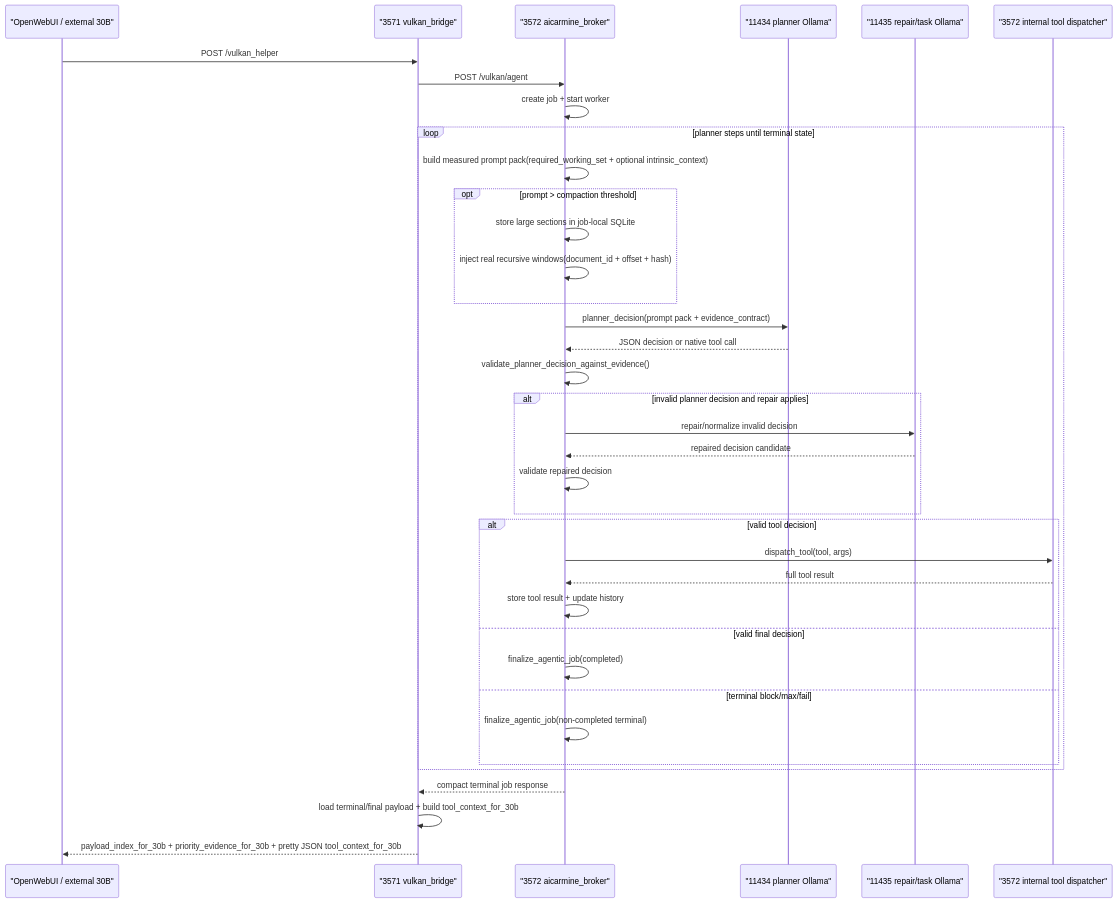
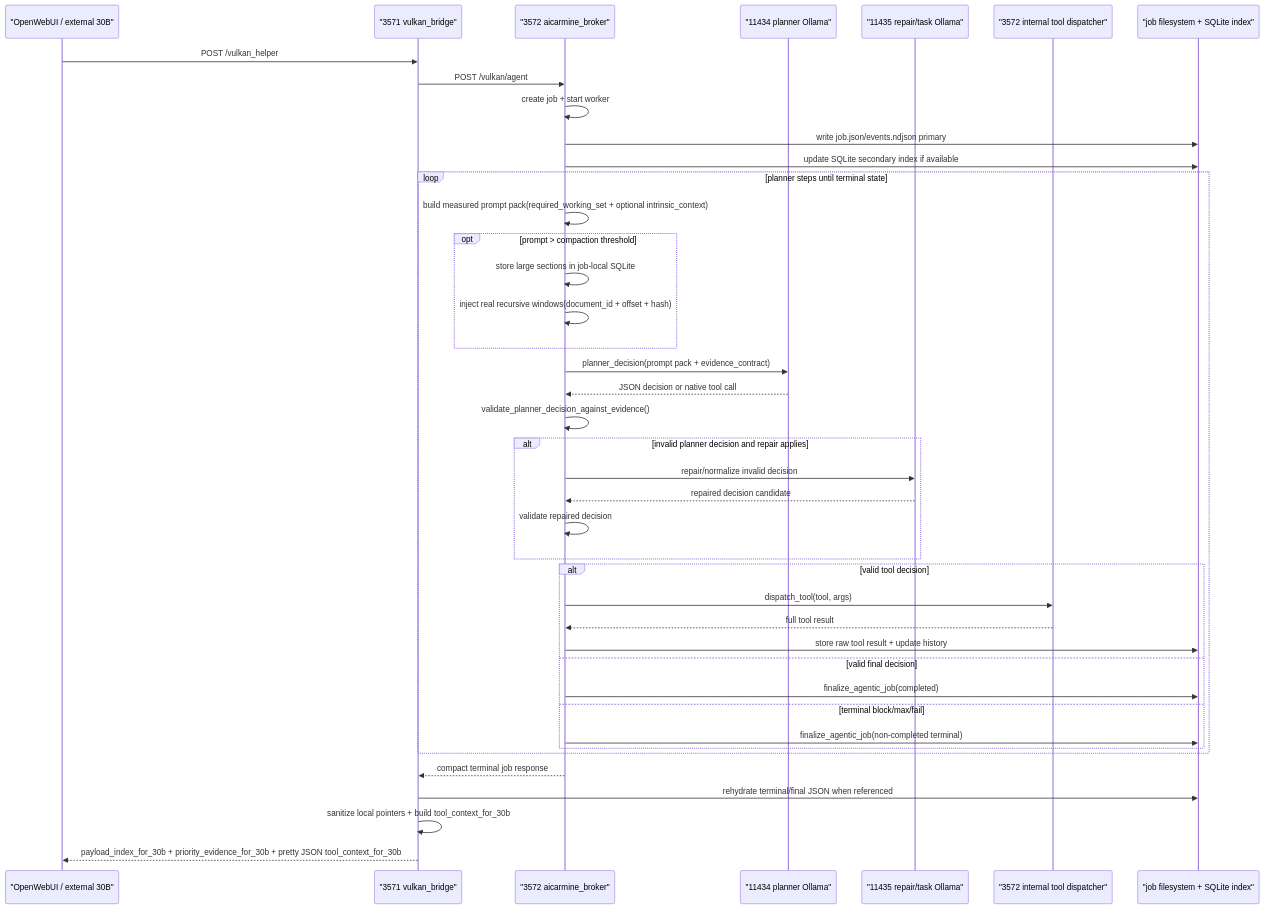
The diagram in services/END_TO_END_AGENTIC_FLOW.md (C-F-tek/agentic-tool-loop), drawn with Mermaid before and after one commit. The commit also changed other lines of this file and 13 other files, not shown here.

````diff
--- a/services/END_TO_END_AGENTIC_FLOW.md
+++ b/services/END_TO_END_AGENTIC_FLOW.md
@@ -25,40 +27,44 @@
 ```mermaid
 sequenceDiagram
     participant OWUI as "OpenWebUI / external 30B"
     participant B3571 as "3571 vulkan_bridge"
     participant B3572 as "3572 aicarmine_broker"
     participant P11434 as "11434 planner Ollama"
     participant R11435 as "11435 repair/task Ollama"
     participant Tools as "3572 internal tool dispatcher"
+    participant Store as "job filesystem + SQLite index"
 
     OWUI->>B3571: POST /vulkan_helper
     B3571->>B3572: POST /vulkan/agent
     B3572->>B3572: create job + start worker
+    B3572->>Store: write job.json/events.ndjson primary
+    B3572->>Store: update SQLite secondary index if available
     loop planner steps until terminal state
         B3572->>B3572: build measured prompt pack(required_working_set + optional intrinsic_context)
         opt prompt > compaction threshold
             B3572->>B3572: store large sections in job-local SQLite
             B3572->>B3572: inject real recursive windows(document_id + offset + hash)
         end
         B3572->>P11434: planner_decision(prompt pack + evidence_contract)
         P11434-->>B3572: JSON decision or native tool call
         B3572->>B3572: validate_planner_decision_against_evidence()
         alt invalid planner decision and repair applies
             B3572->>R11435: repair/normalize invalid decision
             R11435-->>B3572: repaired decision candidate
             B3572->>B3572: validate repaired decision
         end
         alt valid tool decision
             B3572->>Tools: dispatch_tool(tool, args)
             Tools-->>B3572: full tool result
-            B3572->>B3572: store tool result + update history
+            B3572->>Store: store raw tool result + update history
         else valid final decision
-            B3572->>B3572: finalize_agentic_job(completed)
+            B3572->>Store: finalize_agentic_job(completed)
         else terminal block/max/fail
-            B3572->>B3572: finalize_agentic_job(non-completed terminal)
+            B3572->>Store: finalize_agentic_job(non-completed terminal)
         end
     end
     B3572-->>B3571: compact terminal job response
-    B3571->>B3571: load terminal/final payload + build tool_context_for_30b
+    B3571->>Store: rehydrate terminal/final JSON when referenced
+    B3571->>B3571: sanitize local pointers + build tool_context_for_30b
     B3571-->>OWUI: payload_index_for_30b + priority_evidence_for_30b + pretty JSON tool_context_for_30b
 ```
````
